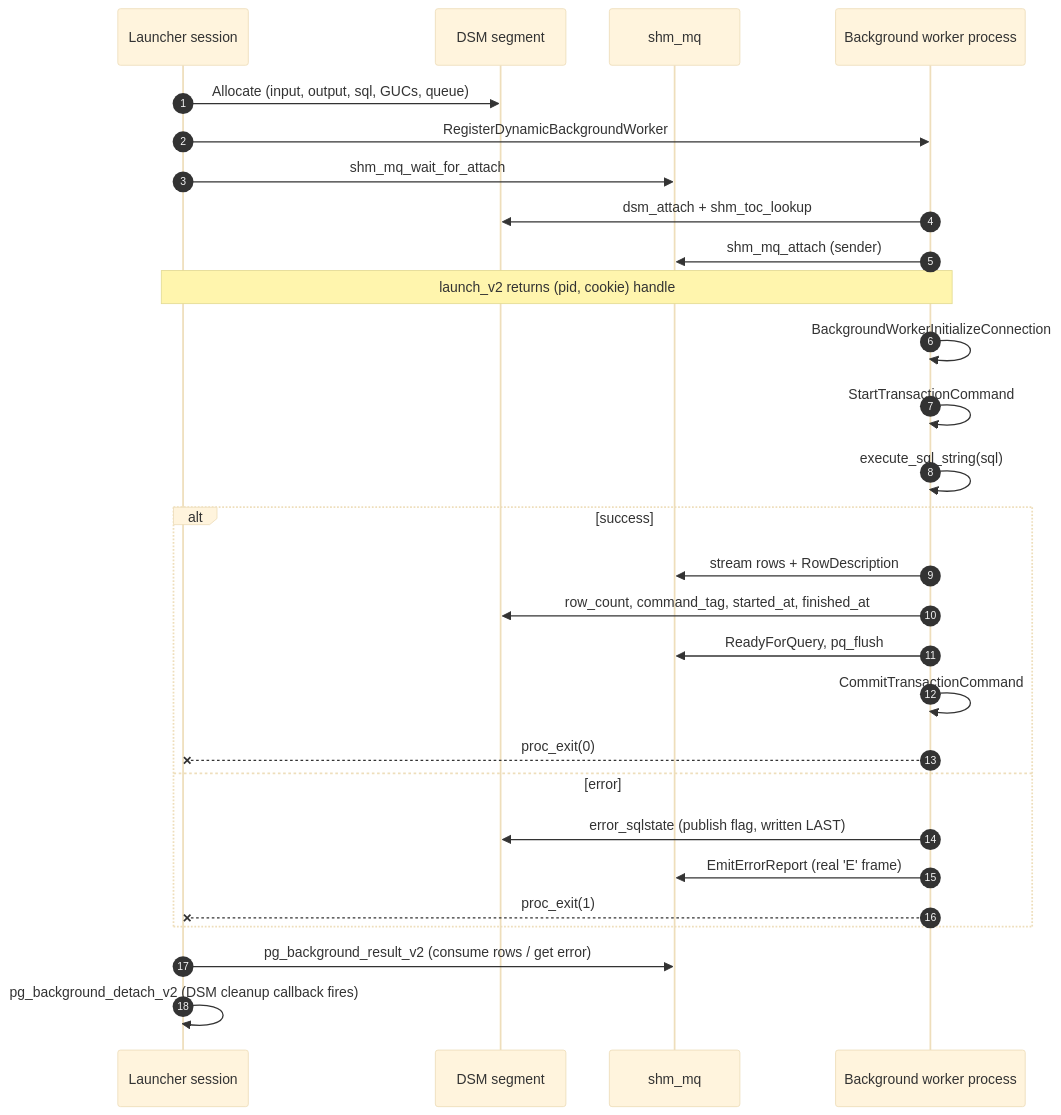
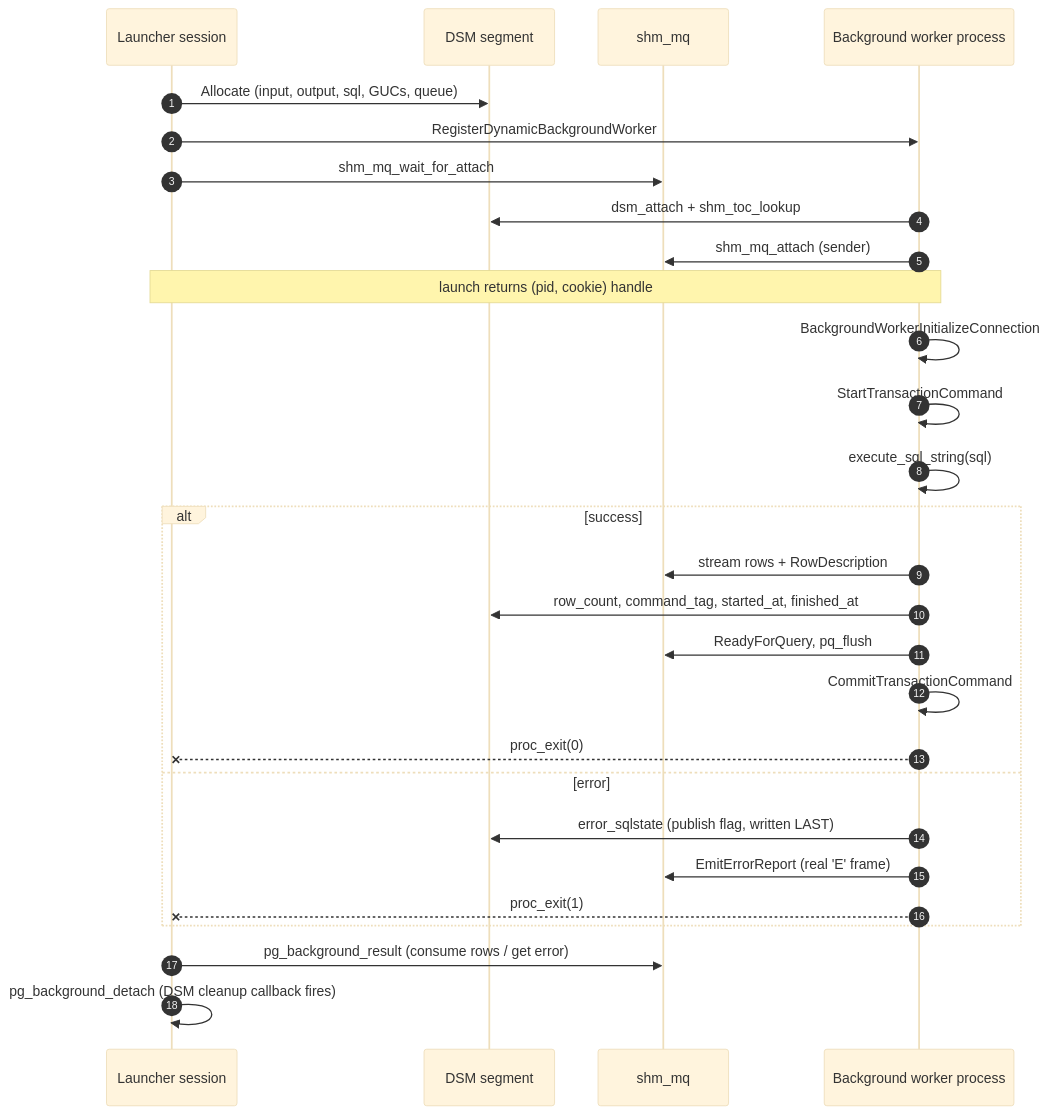
One commit to vibhorkum/pg_background changed the diagram in docs/ARCHITECTURE.md. Above: the diagram before and after it, drawn with Mermaid (base theme). The commit also changed other lines of this file and 18 other files, not shown here.

````diff
--- a/docs/ARCHITECTURE.md
+++ b/docs/ARCHITECTURE.md
@@ -11,31 +11,31 @@
 ```mermaid
 sequenceDiagram
   autonumber
   participant Launcher as Launcher session
   participant DSM as DSM segment
   participant SHMMQ as shm_mq
   participant Worker as Background worker process
 
   Launcher->>DSM: Allocate (input, output, sql, GUCs, queue)
   Launcher->>Worker: RegisterDynamicBackgroundWorker
   Launcher->>SHMMQ: shm_mq_wait_for_attach
   Worker->>DSM: dsm_attach + shm_toc_lookup
   Worker->>SHMMQ: shm_mq_attach (sender)
-  Note over Launcher,Worker: launch_v2 returns (pid, cookie) handle
+  Note over Launcher,Worker: launch returns (pid, cookie) handle
   Worker->>Worker: BackgroundWorkerInitializeConnection
   Worker->>Worker: StartTransactionCommand
   Worker->>Worker: execute_sql_string(sql)
   alt success
     Worker->>SHMMQ: stream rows + RowDescription
     Worker->>DSM: row_count, command_tag, started_at, finished_at
     Worker->>SHMMQ: ReadyForQuery, pq_flush
     Worker->>Worker: CommitTransactionCommand
     Worker--xLauncher: proc_exit(0)
   else error
     Worker->>DSM: error_sqlstate (publish flag, written LAST)
     Worker->>SHMMQ: EmitErrorReport (real 'E' frame)
     Worker--xLauncher: proc_exit(1)
   end
-  Launcher->>SHMMQ: pg_background_result_v2 (consume rows / get error)
-  Launcher->>Launcher: pg_background_detach_v2 (DSM cleanup callback fires)
+  Launcher->>SHMMQ: pg_background_result (consume rows / get error)
+  Launcher->>Launcher: pg_background_detach (DSM cleanup callback fires)
 ```
````
